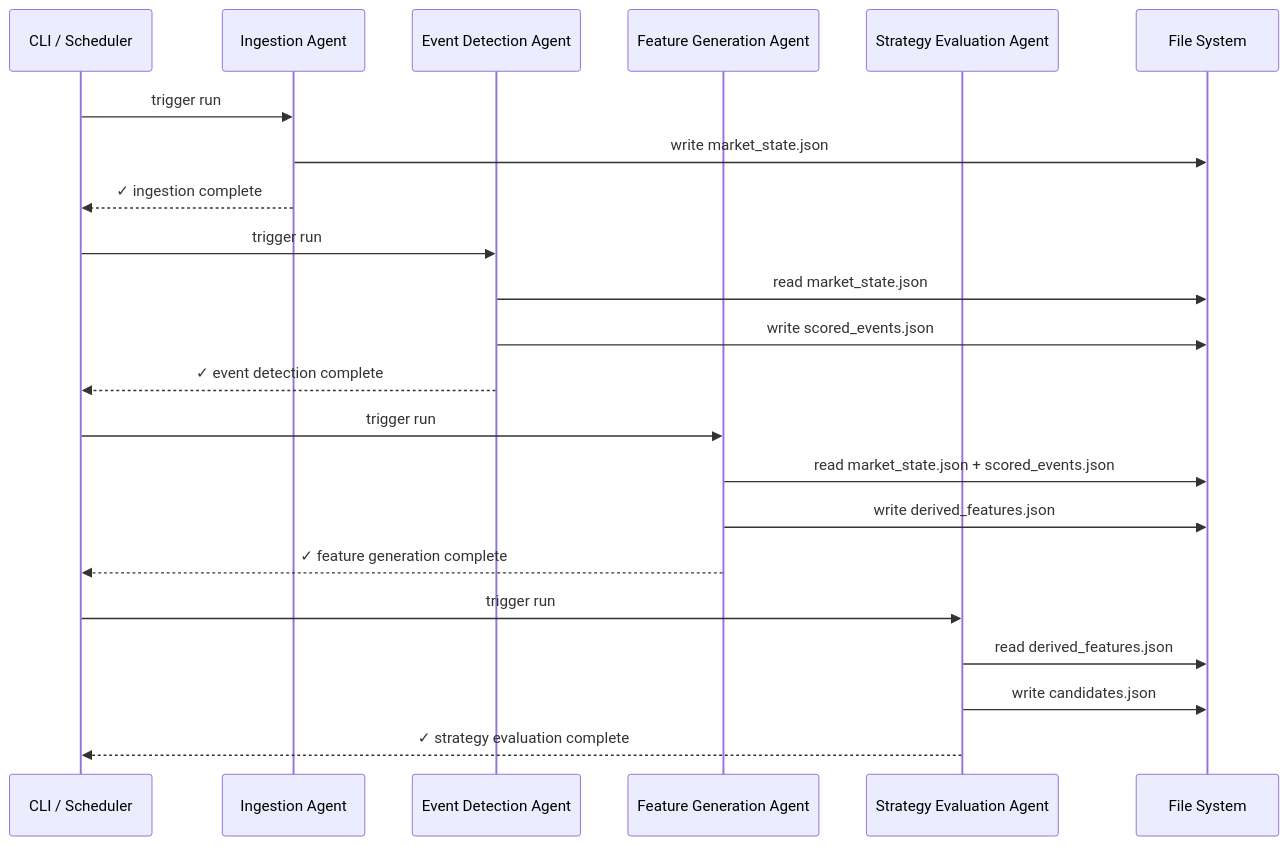
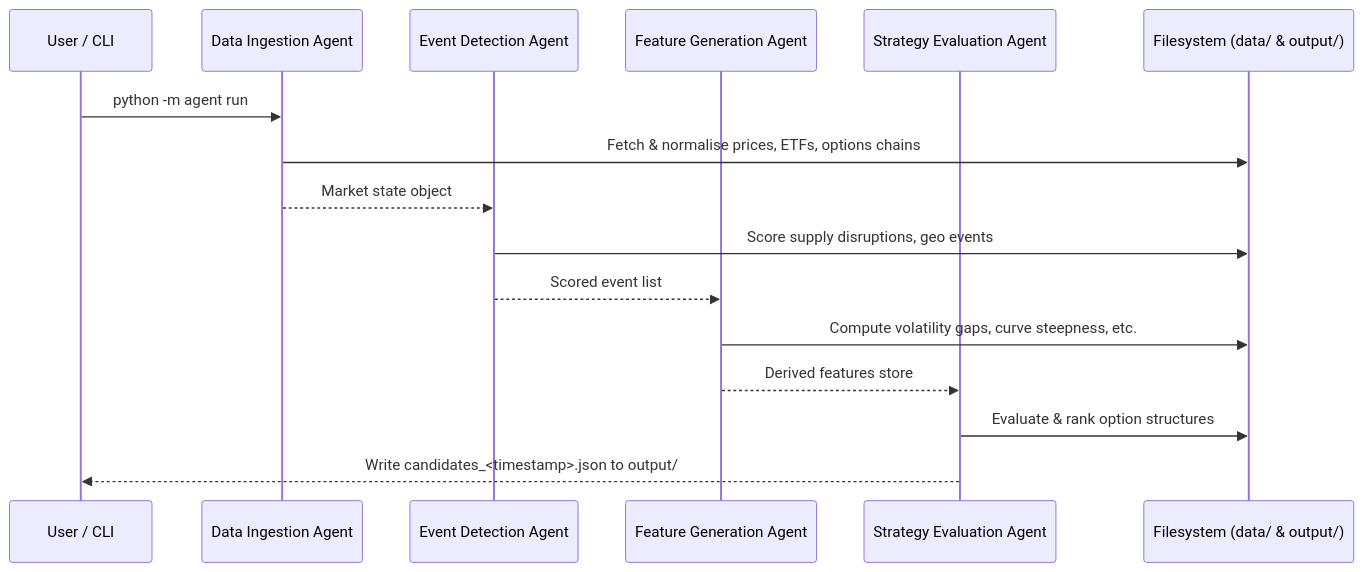
One commit to jeisenback/golden_boy_peanuts changed the second of 2 diagrams in docs/generated/user_guide_full-pipeline.md. Above: the diagram before and after it, drawn with Mermaid. The commit also changed other lines of this file, not shown here.

Commit message:
docs: regenerate user guide [skip ci]

````diff
--- a/docs/generated/user_guide_full-pipeline.md
+++ b/docs/generated/user_guide_full-pipeline.md
@@ -288,28 +245,19 @@
 ```mermaid
 sequenceDiagram
-    participant CLI as CLI / Scheduler
-    participant IA as Ingestion Agent
-    participant EA as Event Detection Agent
-    participant FA as Feature Generation Agent
-    participant SA as Strategy Evaluation Agent
-    participant FS as File System
+    participant CLI as User / CLI
+    participant DIA as Data Ingestion Agent
+    participant EDA as Event Detection Agent
+    participant FGA as Feature Generation Agent
+    participant SEA as Strategy Evaluation Agent
+    participant FS  as Filesystem (data/ & output/)
 
-    CLI->>IA: trigger run
-    IA->>FS: write market_state.json
-    IA-->>CLI: ✓ ingestion complete
-
-    CLI->>EA: trigger run
-    EA->>FS: read market_state.json
-    EA->>FS: write scored_events.json
-    EA-->>CLI: ✓ event detection complete
-
-    CLI->>FA: trigger run
-    FA->>FS: read market_state.json + scored_events.json
-    FA->>FS: write derived_features.json
-    FA-->>CLI: ✓ feature generation complete
-
-    CLI->>SA: trigger run
-    SA->>FS: read derived_features.json
-    SA->>FS: write candidates.json
-    SA-->>CLI: ✓ strategy evaluation complete
+    CLI->>DIA: python -m agent run
+    DIA->>FS: Fetch & normalise prices, ETFs, options chains
+    DIA-->>EDA: Market state object
+    EDA->>FS: Score supply disruptions, geo events
+    EDA-->>FGA: Scored event list
+    FGA->>FS: Compute volatility gaps, curve steepness, etc.
+    FGA-->>SEA: Derived features store
+    SEA->>FS: Evaluate & rank option structures
+    SEA-->>CLI: Write candidates_<timestamp>.json to output/
 ```
````
